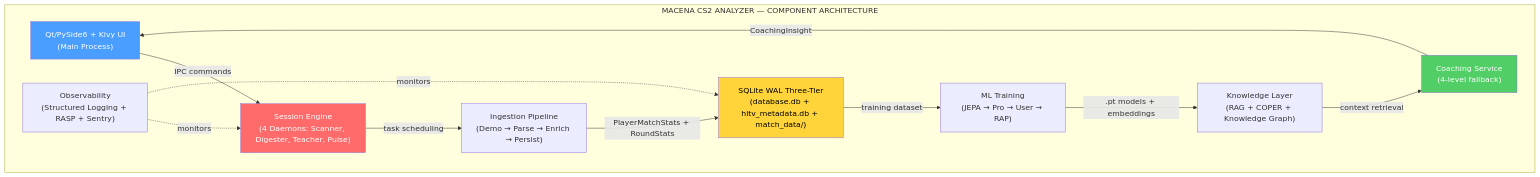
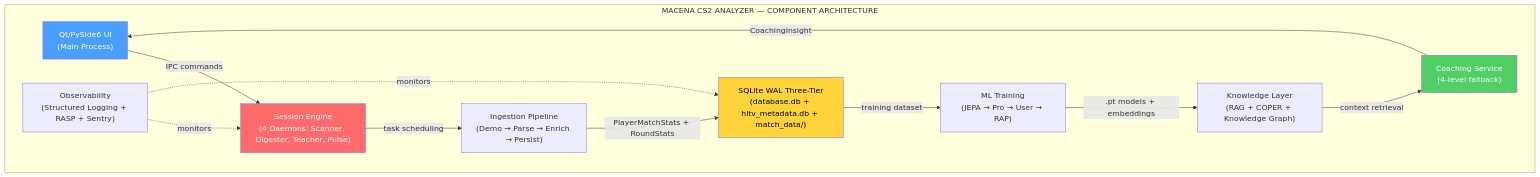
The ninth of 53 diagrams in docs/books/Book-Coach-3-en.md (renanaugustomacena-ux/Counter-Strike-coach-AI), drawn with Mermaid before and after one commit. The commit also changed other lines of this file and 2 other files, not shown here.

First line of the commit message:
docs: update Book-Coach-3 trilogy — remove Kivy, fix screen/test counts

````diff
--- a/docs/books/Book-Coach-3-en.md
+++ b/docs/books/Book-Coach-3-en.md
@@ -596,26 +596,26 @@
 ```mermaid
 flowchart TB
     subgraph SYSTEM["MACENA CS2 ANALYZER — COMPONENT ARCHITECTURE"]
-        UI["Qt/PySide6 + Kivy UI<br/>(Main Process)"]
+        UI["Qt/PySide6 UI<br/>(Main Process)"]
         SE["Session Engine<br/>(4 Daemons: Scanner, Digester, Teacher, Pulse)"]
         DB["SQLite WAL Three-Tier<br/>(database.db + hltv_metadata.db + match_data/)"]
         INGEST["Ingestion Pipeline<br/>(Demo → Parse → Enrich → Persist)"]
         TRAIN["ML Training<br/>(JEPA → Pro → User → RAP)"]
         KB["Knowledge Layer<br/>(RAG + COPER + Knowledge Graph)"]
         COACH["Coaching Service<br/>(4-level fallback)"]
         OBS["Observability<br/>(Structured Logging + RASP + Sentry)"]
     end
     UI -->|"IPC commands"| SE
     SE -->|"task scheduling"| INGEST
     INGEST -->|"PlayerMatchStats + RoundStats"| DB
     DB -->|"training dataset"| TRAIN
     TRAIN -->|".pt models + embeddings"| KB
     KB -->|"context retrieval"| COACH
     COACH -->|"CoachingInsight"| UI
     OBS -.->|"monitors"| SE
     OBS -.->|"monitors"| DB
     style UI fill:#4a9eff,color:#fff
     style SE fill:#ff6b6b,color:#fff
     style DB fill:#ffd43b,color:#000
     style COACH fill:#51cf66,color:#fff
 ```
````
